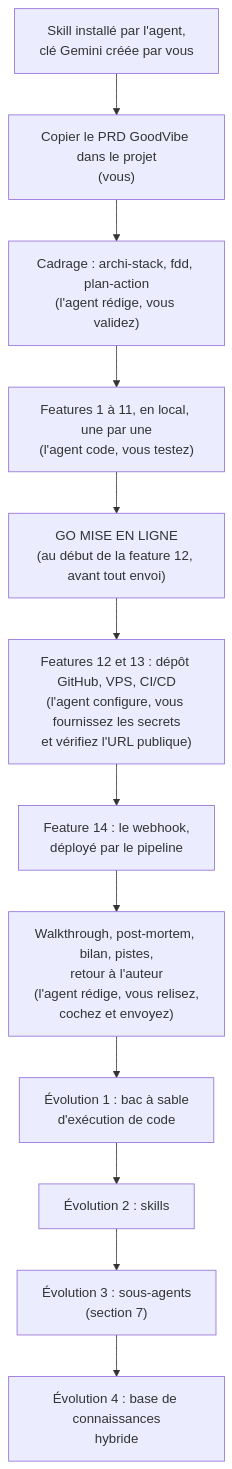
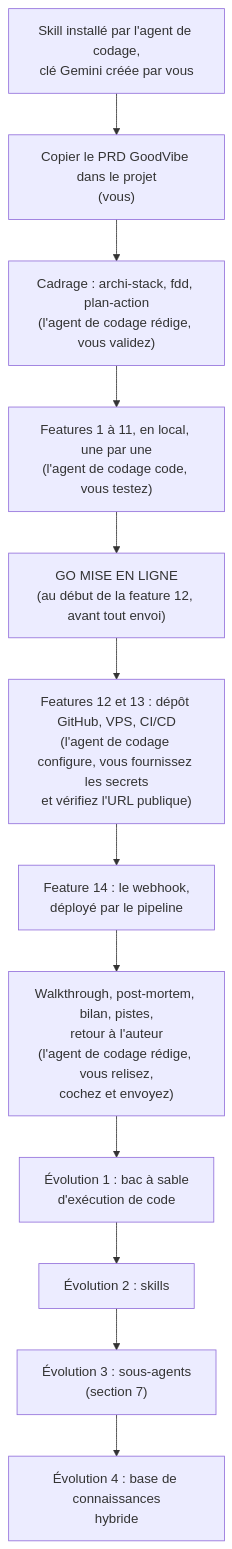
The first of 44 diagrams in tuto-goodvibe-vibecoding.md (lecinquiemejour-code/goodvibe-tuto), drawn with Mermaid before and after one commit. The commit also changed other lines of this file, not shown here.

Commit message:
docs(tuto): « agent IA » ou « agent de codage », jamais « agent » seul ; encadré « Deux agents, deux rôles » et entrée de glossaire

````diff
--- a/tuto-goodvibe-vibecoding.md
+++ b/tuto-goodvibe-vibecoding.md
@@ -170,14 +172,14 @@
 ```mermaid
 flowchart TD
-    A["Skill installé par l'agent,<br/>clé Gemini créée par vous"] --> B["Copier le PRD GoodVibe dans le projet<br/>(vous)"]
-    B --> C["Cadrage : archi-stack, fdd, plan-action<br/>(l'agent rédige, vous validez)"]
-    C --> D["Features 1 à 11, en local, une par une<br/>(l'agent code, vous testez)"]
+    A["Skill installé par l'agent de codage,<br/>clé Gemini créée par vous"] --> B["Copier le PRD GoodVibe dans le projet<br/>(vous)"]
+    B --> C["Cadrage : archi-stack, fdd, plan-action<br/>(l'agent de codage rédige, vous validez)"]
+    C --> D["Features 1 à 11, en local, une par une<br/>(l'agent de codage code, vous testez)"]
     D --> F["GO MISE EN LIGNE<br/>(au début de la feature 12, avant tout envoi)"]
-    F --> E["Features 12 et 13 : dépôt GitHub, VPS, CI/CD<br/>(l'agent configure, vous fournissez les secrets<br/>et vérifiez l'URL publique)"]
+    F --> E["Features 12 et 13 : dépôt GitHub, VPS, CI/CD<br/>(l'agent de codage configure, vous fournissez les secrets<br/>et vérifiez l'URL publique)"]
     E --> F2["Feature 14 : le webhook,<br/>déployé par le pipeline"]
-    F2 --> G["Walkthrough, post-mortem, bilan, pistes,<br/>retour à l'auteur<br/>(l'agent rédige, vous relisez,<br/>cochez et envoyez)"]
+    F2 --> G["Walkthrough, post-mortem, bilan, pistes,<br/>retour à l'auteur<br/>(l'agent de codage rédige, vous relisez,<br/>cochez et envoyez)"]
     G --> H1["Évolution 1 : bac à sable<br/>d'exécution de code"]
     H1 --> H2["Évolution 2 : skills"]
     H2 --> H3["Évolution 3 : sous-agents<br/>(section 7)"]
     H3 --> H4["Évolution 4 : base de connaissances<br/>hybride"]
 ```
````
